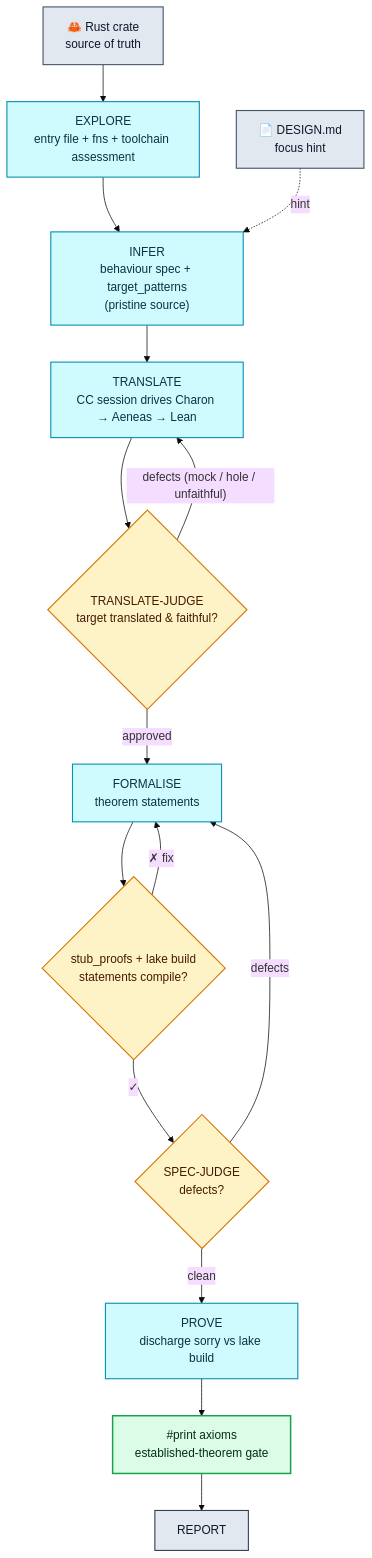
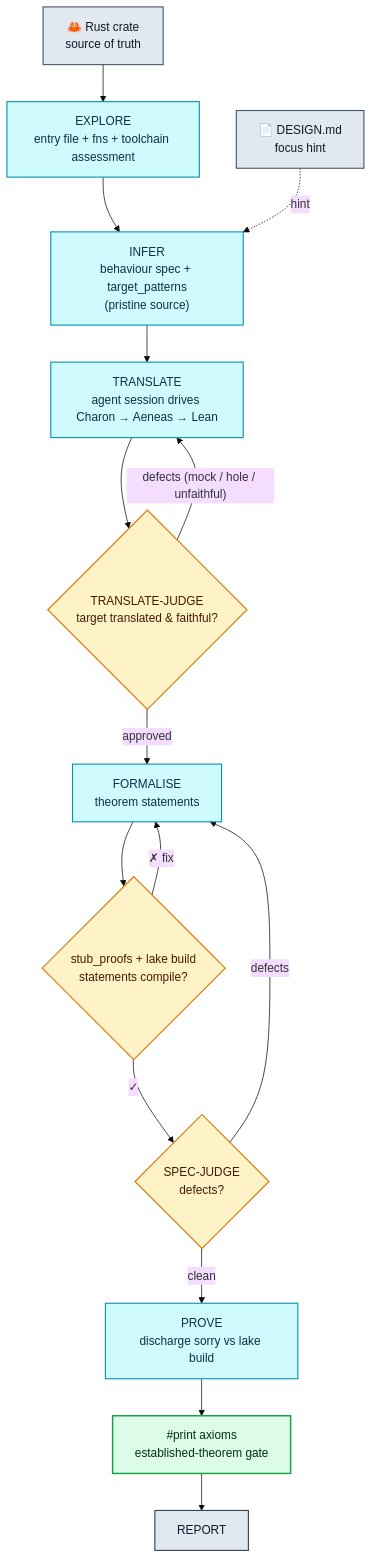
One commit to Certora/lusterna changed the diagram in README.md. Above: the diagram before and after it, drawn with Mermaid (base theme). The commit also changed other lines of this file and 1 other file, not shown here.

````diff
--- a/README.md
+++ b/README.md
@@ -64,31 +64,31 @@
 ```mermaid
 flowchart TD
   DESIGN["📄 DESIGN.md<br/>focus hint"]:::src
   RUST["🦀 Rust crate<br/>source of truth"]:::src
 
   EXPLORE["EXPLORE<br/>entry file + fns + toolchain assessment"]:::impl
   INFER["INFER<br/>behaviour spec + target_patterns<br/>(pristine source)"]:::impl
-  TRANSLATE["TRANSLATE<br/>CC session drives Charon → Aeneas → Lean"]:::impl
+  TRANSLATE["TRANSLATE<br/>agent session drives Charon → Aeneas → Lean"]:::impl
   TJUDGE{"TRANSLATE-JUDGE<br/>target translated & faithful?"}:::gate
   FORMALISE["FORMALISE<br/>theorem statements"]:::impl
   FBUILD{"stub_proofs + lake build<br/>statements compile?"}:::gate
   SJUDGE{"SPEC-JUDGE<br/>defects?"}:::gate
   PROVE["PROVE<br/>discharge sorry vs lake build"]:::impl
   AXIOMS["#print axioms<br/>established-theorem gate"]:::verify
   REPORT["REPORT"]:::report
 
   RUST --> EXPLORE --> INFER --> TRANSLATE --> TJUDGE
   TJUDGE -- "defects (mock / hole / unfaithful)" --> TRANSLATE
   TJUDGE -- "approved" --> FORMALISE --> FBUILD
   FBUILD -- "✗ fix" --> FORMALISE
   FBUILD -- "✓" --> SJUDGE
   SJUDGE -- "defects" --> FORMALISE
   SJUDGE -- "clean" --> PROVE --> AXIOMS --> REPORT
   DESIGN -. "hint" .-> INFER
 
   classDef src    fill:#e2e8f0,stroke:#475569,stroke-width:1.5px,color:#0f172a;
   classDef impl   fill:#cffafe,stroke:#0891b2,stroke-width:1.5px,color:#083344;
   classDef gate   fill:#fef3c7,stroke:#d97706,stroke-width:1.5px,color:#451a03;
   classDef verify fill:#dcfce7,stroke:#16a34a,stroke-width:2px,color:#052e16;
   classDef report fill:#e2e8f0,stroke:#334155,stroke-width:1.5px,color:#0f172a;
 ```
````
